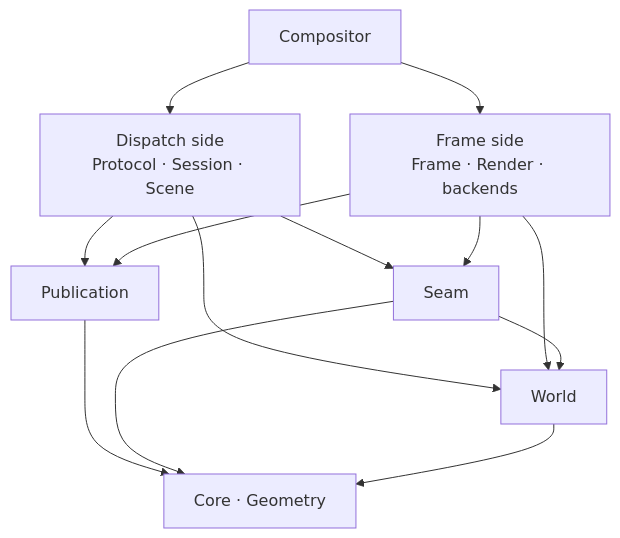
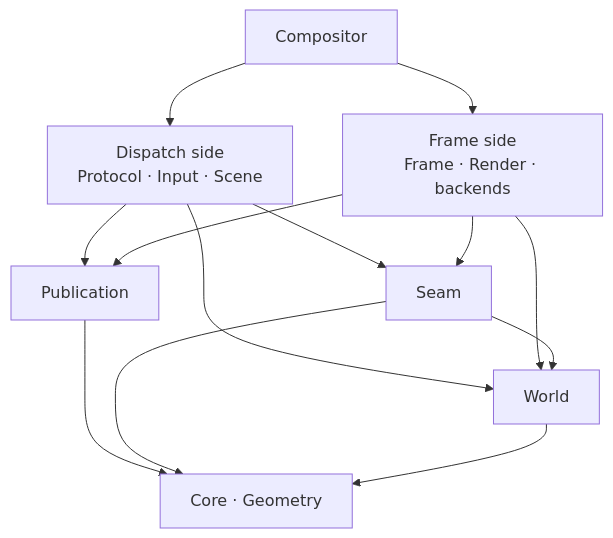
One commit to hollinsky/gyro changed the second of 2 diagrams in Docs/Structure.md. Above: the diagram before and after it, drawn with Mermaid. The commit also changed other lines of this file and 7 other files, not shown here.

````diff
--- a/Docs/Structure.md
+++ b/Docs/Structure.md
@@ -135,15 +135,15 @@
 ```mermaid
 flowchart TB
-    Compositor --> Dispatch["Dispatch side<br/>Protocol · Session · Scene"]
+    Compositor --> Dispatch["Dispatch side<br/>Protocol · Input · Scene"]
     Compositor --> Frame["Frame side<br/>Frame · Render · backends"]
     Dispatch --> Publication
     Frame --> Publication
     Dispatch --> Seam
     Frame --> Seam
     Dispatch --> World
     Frame --> World
     Seam --> World
     Publication --> Base["Core · Geometry"]
     Seam --> Base
     World --> Base
 ```
````
